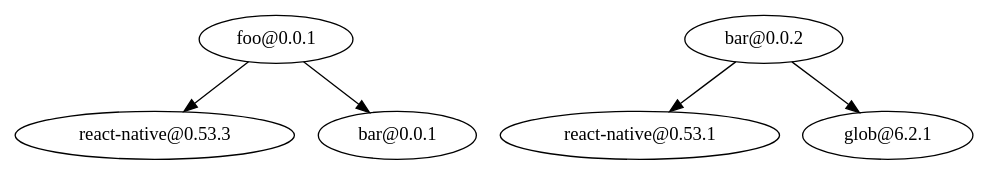
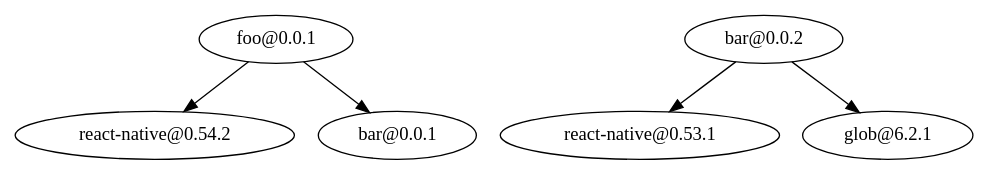
Before and after one commit to newsuk/times-components: the first of 3 diagrams in packages/depend/README.md, drawn with Graphviz. The commit also changed other lines of this file and 53 other files, not shown here.

````diff
--- a/packages/depend/README.md
+++ b/packages/depend/README.md
@@ -96,8 +96,8 @@
 ```dot
   digraph {
-    "foo@0.0.1" -> "react-native@0.53.3";
+    "foo@0.0.1" -> "react-native@0.54.2";
     "foo@0.0.1" -> "bar@0.0.1";
     "bar@0.0.2" -> "react-native@0.53.1";
     "bar@0.0.2" -> "glob@6.2.1";
   }
 ```
````
